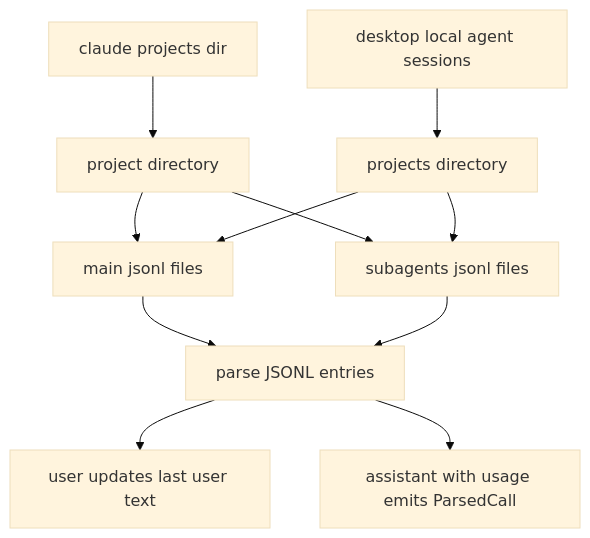
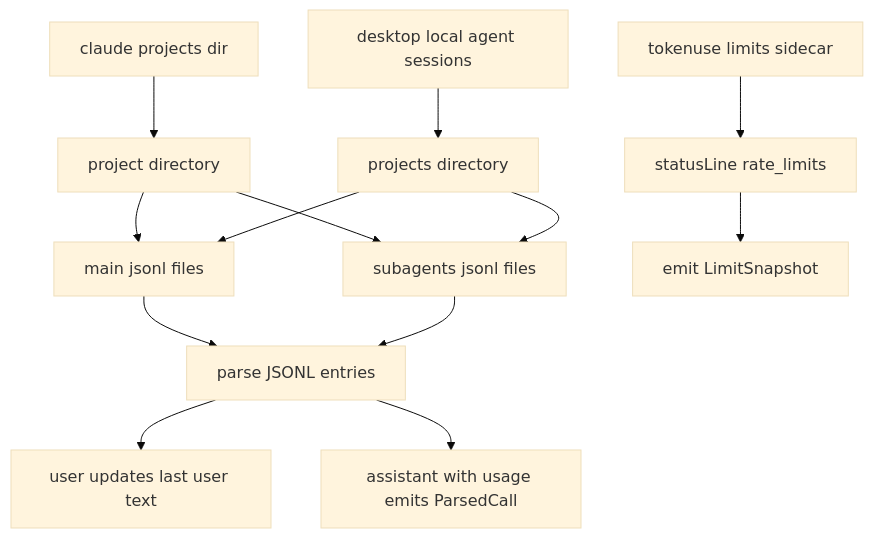
Before and after one commit to russmckendrick/tokenuse: the first of 2 diagrams in docs/development/tools/claude-code.md, drawn with Mermaid (base theme). The commit also changed other lines of this file and 41 other files, not shown here.

````diff
--- a/docs/development/tools/claude-code.md
+++ b/docs/development/tools/claude-code.md
@@ -27,13 +27,15 @@
 ```mermaid
 flowchart TD
     A[claude projects dir] --> C[project directory]
     B[desktop local agent sessions] --> D[projects directory]
     C --> E[main jsonl files]
     C --> F[subagents jsonl files]
     D --> E
     D --> F
     E --> G[parse JSONL entries]
     F --> G
     G --> H[user updates last user text]
     G --> I[assistant with usage emits ParsedCall]
+    J[tokenuse limits sidecar] --> K[statusLine rate_limits]
+    K --> L[emit LimitSnapshot]
 ```
````
